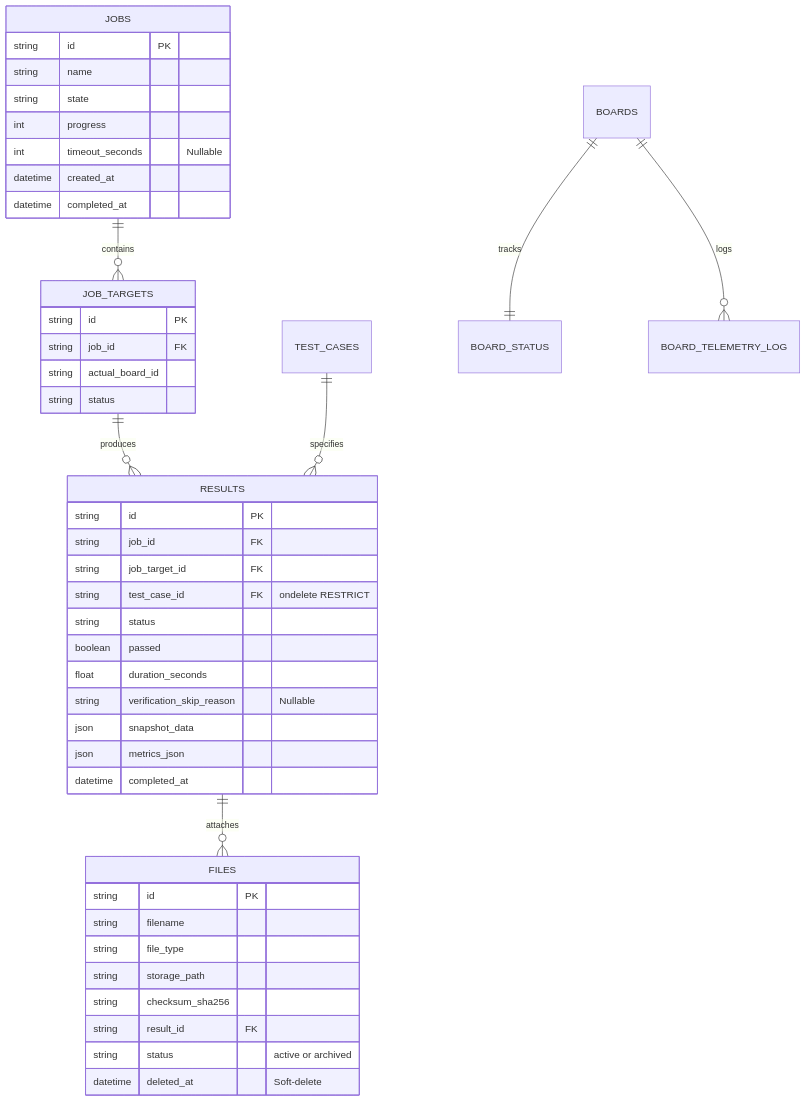
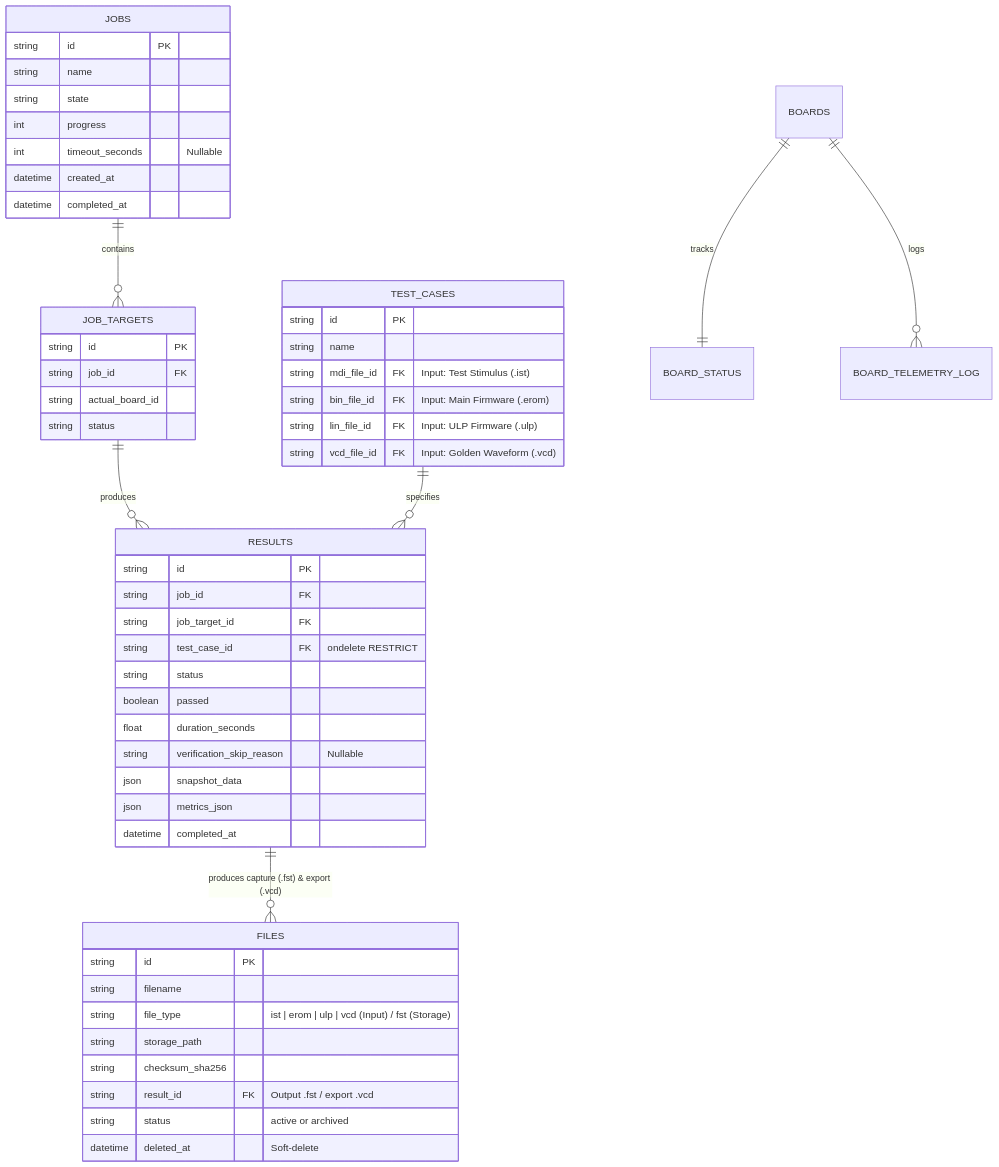
One commit to chickky2408/Automate-Eval-System-V2-P3 changed the second of 2 diagrams in HANDOFF_DOCUMENTATION.md. Above: the diagram before and after it, drawn with Mermaid. The commit also changed 4 other files, not shown here.

Commit message:
feat: align source code and ER diagrams with core file taxonomy (ist, erom, ulp, vcd -> fst -> vcd)

````diff
--- a/HANDOFF_DOCUMENTATION.md
+++ b/HANDOFF_DOCUMENTATION.md
@@ -113,48 +113,56 @@
 ```mermaid
 erDiagram
     JOBS ||--o{ JOB_TARGETS : contains
     JOB_TARGETS ||--o{ RESULTS : produces
     TEST_CASES ||--o{ RESULTS : specifies
-    RESULTS ||--o{ FILES : attaches
+    RESULTS ||--o{ FILES : "produces capture (.fst) & export (.vcd)"
     BOARDS ||--|| BOARD_STATUS : tracks
     BOARDS ||--o{ BOARD_TELEMETRY_LOG : logs
 
+    TEST_CASES {
+        string id PK
+        string name
+        string mdi_file_id FK "Input: Test Stimulus (.ist)"
+        string bin_file_id FK "Input: Main Firmware (.erom)"
+        string lin_file_id FK "Input: ULP Firmware (.ulp)"
+        string vcd_file_id FK "Input: Golden Waveform (.vcd)"
+    }
     JOBS {
         string id PK
         string name
         string state
         int progress
         int timeout_seconds "Nullable"
         datetime created_at
         datetime completed_at
     }
     JOB_TARGETS {
         string id PK
         string job_id FK
         string actual_board_id
         string status
     }
     RESULTS {
         string id PK
         string job_id FK
         string job_target_id FK
         string test_case_id FK "ondelete RESTRICT"
         string status
         boolean passed
         float duration_seconds
         string verification_skip_reason "Nullable"
         json snapshot_data
         json metrics_json
         datetime completed_at
     }
     FILES {
         string id PK
         string filename
-        string file_type
+        string file_type "ist | erom | ulp | vcd (Input) / fst (Storage)"
         string storage_path
         string checksum_sha256
-        string result_id FK
+        string result_id FK "Output .fst / export .vcd"
         string status "active or archived"
         datetime deleted_at "Soft-delete"
     }
 ```
````
